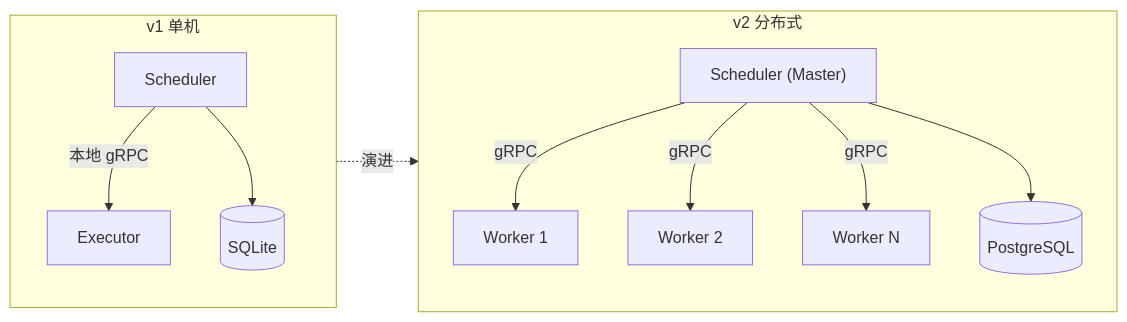
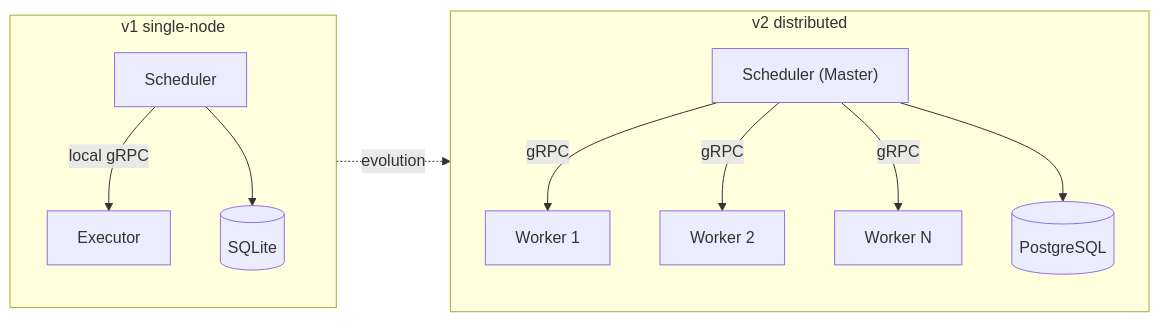
One commit to ako74programmer/poc-cronova-windows changed the tenth of 10 diagrams in docs/ARCHITECTURE.md. Above: the diagram before and after it, drawn with Mermaid. The commit also changed other lines of this file and 10 other files, not shown here.

Commit message:
docs: rewrite ARCHITECTURE in English + Polish, sync embedded docs, add to KB and nav, remove Chinese UI refs

````diff
--- a/docs/ARCHITECTURE.md
+++ b/docs/ARCHITECTURE.md
@@ -753,16 +794,16 @@
 ```mermaid
 graph LR
-    subgraph V1["v1 单机"]
-        S1["Scheduler"] -->|"本地 gRPC"| E1["Executor"]
+    subgraph V1["v1 single-node"]
+        S1["Scheduler"] -->|"local gRPC"| E1["Executor"]
         S1 --> DB1[("SQLite")]
     end
 
-    subgraph V2["v2 分布式"]
+    subgraph V2["v2 distributed"]
         M["Scheduler (Master)"] -->|"gRPC"| W1["Worker 1"]
         M -->|"gRPC"| W2["Worker 2"]
         M -->|"gRPC"| W3["Worker N"]
         M --> DB2[("PostgreSQL")]
     end
 
-    V1 -.演进.-> V2
+    V1 -.evolution.-> V2
 ```
````
